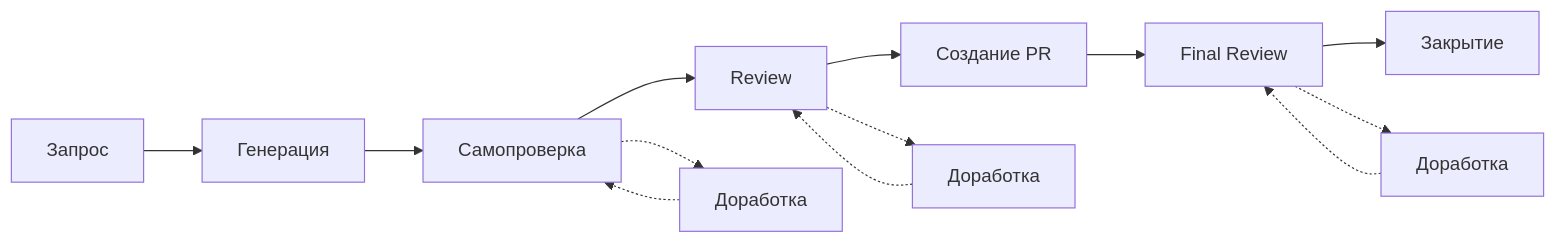
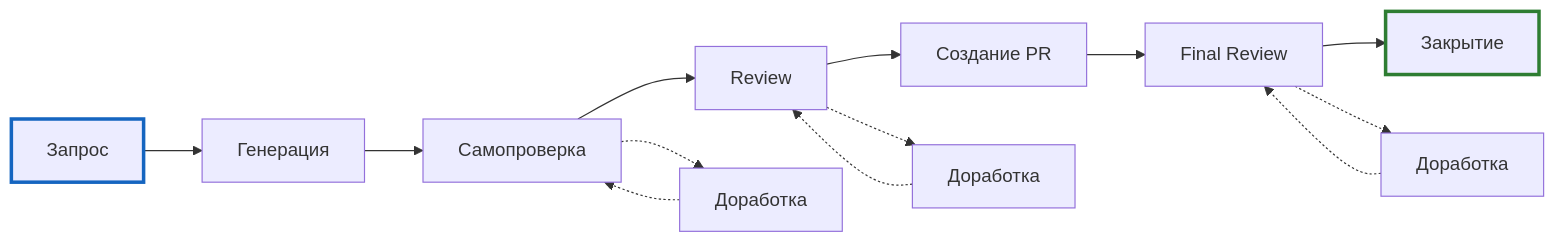
One commit to prikotov/task-agents-playbook changed the first of 3 diagrams in README.md. Above: the diagram before and after it, drawn with Mermaid. The commit also changed 2 other files, not shown here.

Commit message:
docs: add mermaid diagram colors — start (blue) and finish (green) nodes

````diff
--- a/README.md
+++ b/README.md
@@ -95,19 +95,25 @@
 ```mermaid
 flowchart LR
     A["Запрос"] --> B["Генерация"]
     B --> C["Самопроверка"]
 
     C --> D["Review"]
     C -.-> C1["Доработка"]
     C1 -.-> C
 
     D --> E["Создание PR"]
     D -.-> D1["Доработка"]
     D1 -.-> D
 
     E --> F["Final Review"]
 
     F --> G["Закрытие"]
     F -.-> F1["Доработка"]
     F1 -.-> F
+
+    classDef start stroke:#1565c0,stroke-width:3px;
+    classDef finish stroke:#2e7d32,stroke-width:3px;
+
+    class A start;
+    class G finish;
 ```
````
